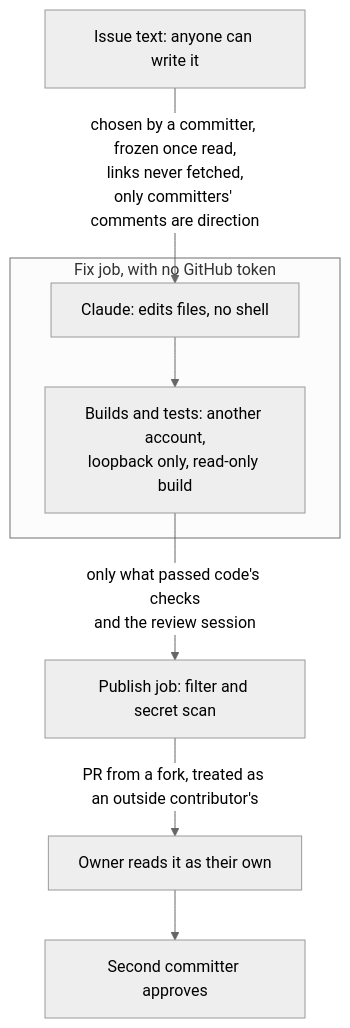
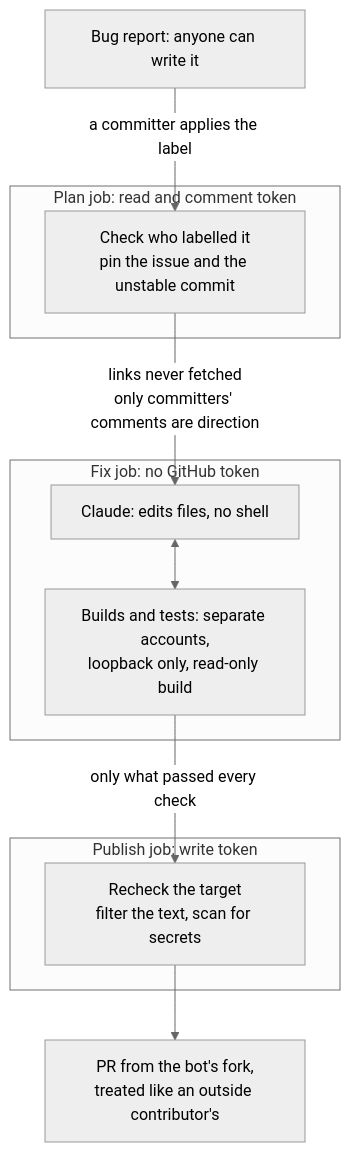
One commit to sarthakaggarwal97/valkey-ci-agent changed the third of 5 diagrams in docs/design/software-factory.md. Above: the diagram before and after it, drawn with Mermaid (neutral theme). The commit also changed other lines of this file, not shown here.

First line of the commit message:
Say each point once in the software factory post

````diff
--- a/docs/design/software-factory.md
+++ b/docs/design/software-factory.md
@@ -168,16 +121,20 @@
 ```mermaid
 flowchart TD
-    I["Issue text: anyone can write it"]
-    subgraph Contained["Fix job, with no GitHub token"]
+    I["Bug report: anyone can write it"]
+    subgraph Plan["Plan job: read and comment token"]
+        P["Check who labelled it<br/>pin the issue and the unstable commit"]
+    end
+    subgraph Fix["Fix job: no GitHub token"]
         C["Claude: edits files, no shell"]
-        T["Builds and tests: another account,<br/>loopback only, read-only build"]
+        T["Builds and tests: separate accounts,<br/>loopback only, read-only build"]
     end
-    Fl["Publish job: filter and secret scan"]
-    O["Owner reads it as their own"]
-    A["Second committer approves"]
-    I -->|"chosen by a committer, frozen once read,<br/>links never fetched,<br/>only committers' comments are direction"| C
-    C --> T
-    T -->|"only what passed code's checks<br/>and the review session"| Fl
-    Fl -->|"PR from a fork, treated as an outside contributor's"| O
-    O --> A
+    subgraph Publish["Publish job: write token"]
+        U["Recheck the target<br/>filter the text, scan for secrets"]
+    end
+    O["PR from the bot's fork,<br/>treated like an outside contributor's"]
+    I -->|"a committer applies the label"| P
+    P -->|"links never fetched<br/>only committers' comments are direction"| C
+    C <--> T
+    T -->|"only what passed every check"| U
+    U --> O
 ```
````
